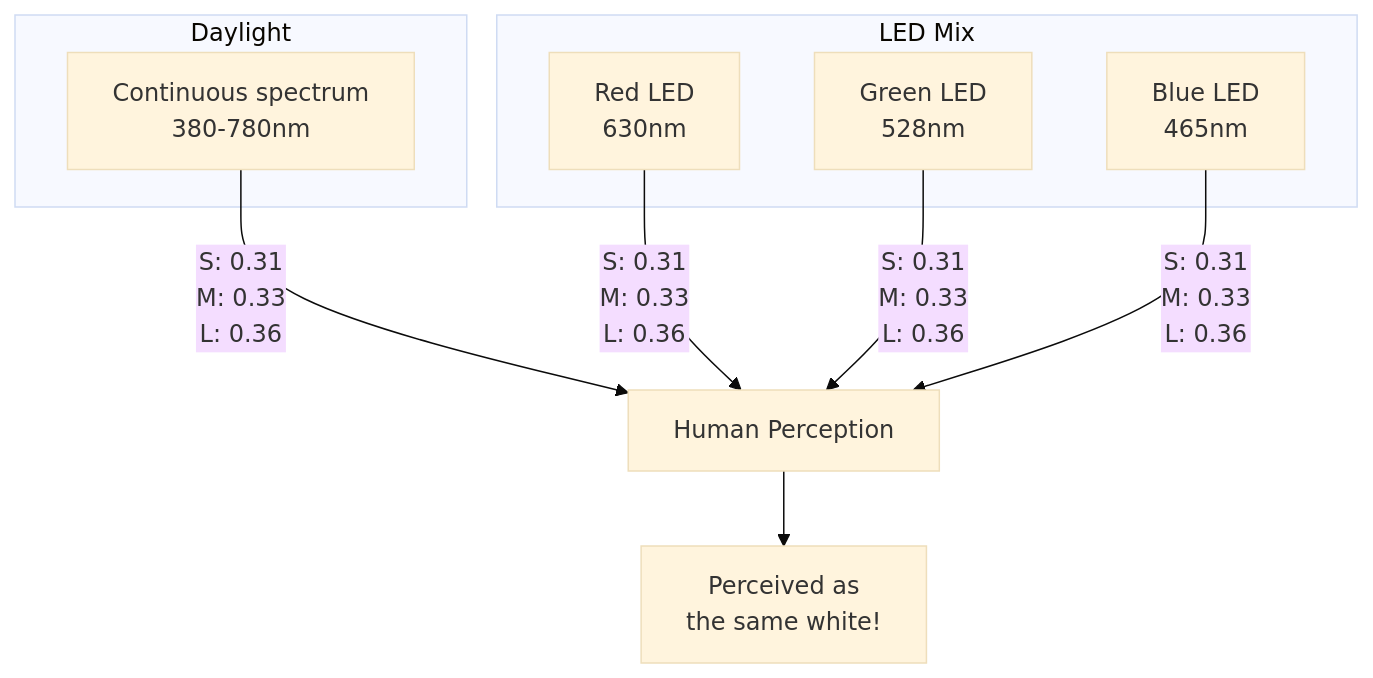
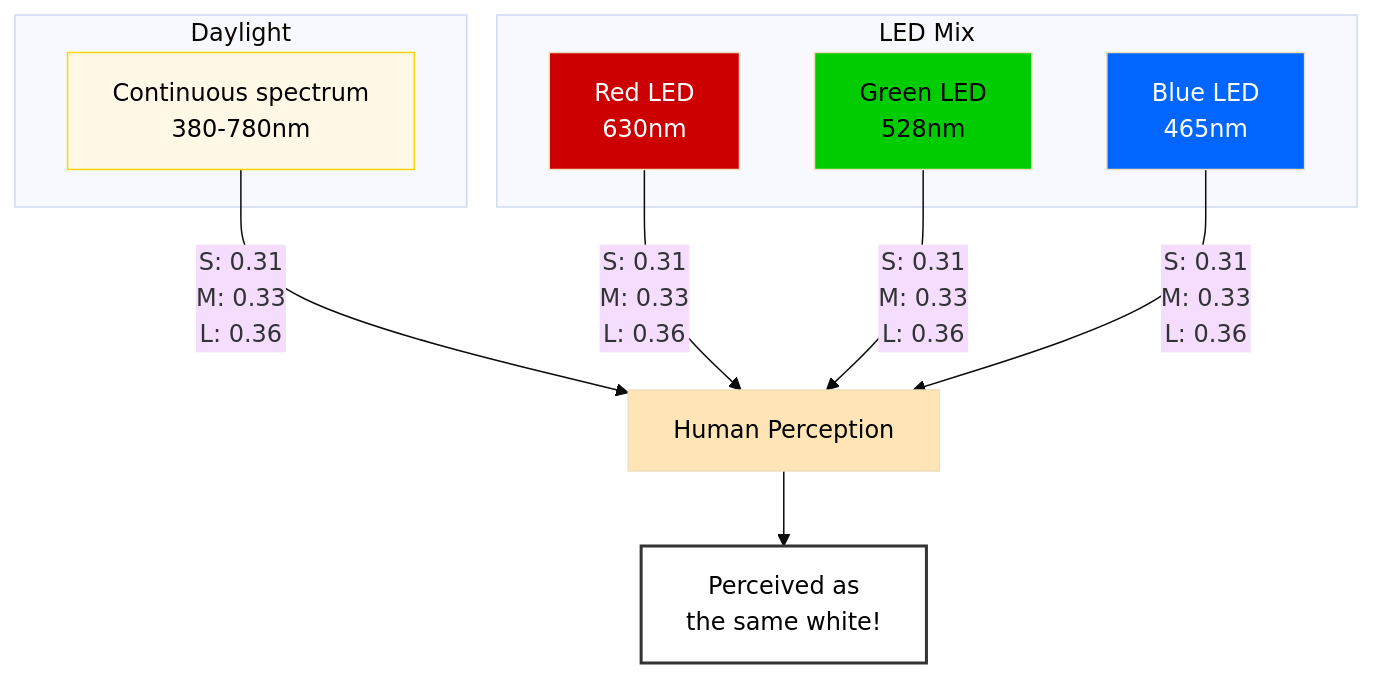
One commit to GlassOnTin/anduril changed the second of 4 diagrams in docs/color-science.md. Above: the diagram before and after it, drawn with Mermaid (base theme). The commit also changed other lines of this file, not shown here.

First line of the commit message:
Add colors to Mermaid diagrams in color science documentation

````diff
--- a/docs/color-science.md
+++ b/docs/color-science.md
@@ -43,17 +54,24 @@
 ```mermaid
 flowchart TB
     subgraph "Daylight"
         D[Continuous spectrum\n380-780nm]
     end
 
     subgraph "LED Mix"
         R[Red LED\n630nm]
         G[Green LED\n528nm]
         B[Blue LED\n465nm]
     end
 
     D --> |"S: 0.31\nM: 0.33\nL: 0.36"| Eye[Human Perception]
     R & G & B --> |"S: 0.31\nM: 0.33\nL: 0.36"| Eye
 
     Eye --> Same["Perceived as\nthe same white!"]
+
+    style D fill:#FFF8E7,color:#000,stroke:#FFD700
+    style R fill:#CC0000,color:#fff
+    style G fill:#00CC00,color:#000
+    style B fill:#0066FF,color:#fff
+    style Eye fill:#FFE4B5,color:#000
+    style Same fill:#FFFFFF,color:#000,stroke:#333,stroke-width:2px
 ```
````
